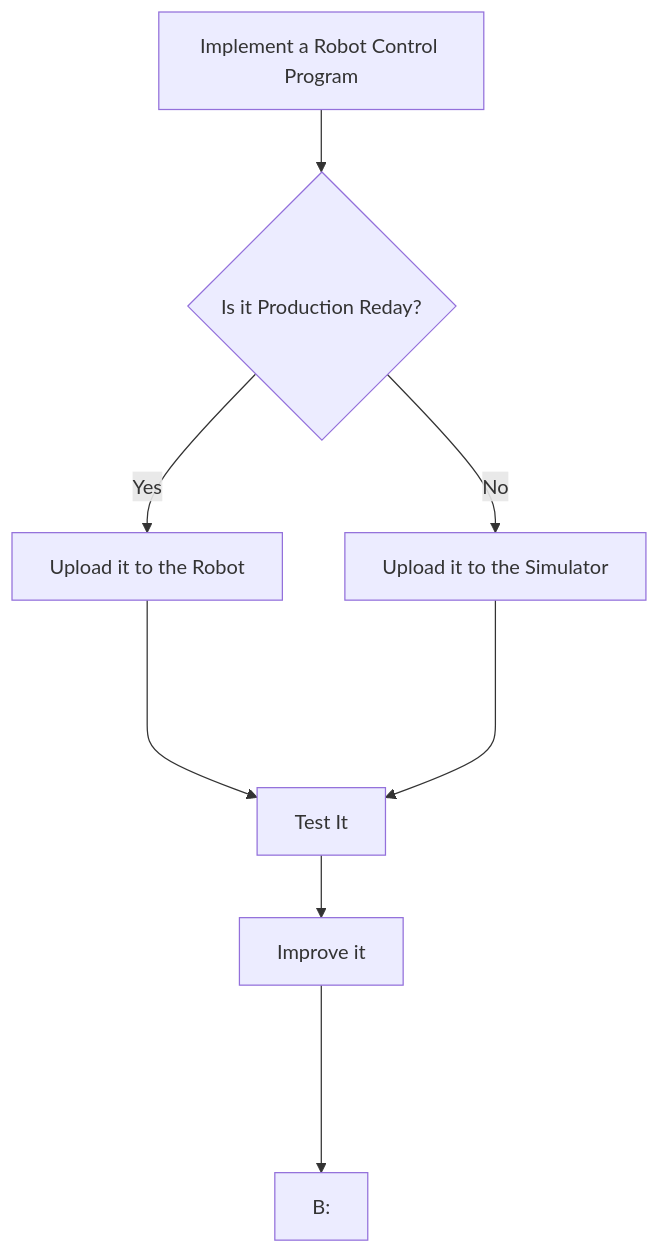
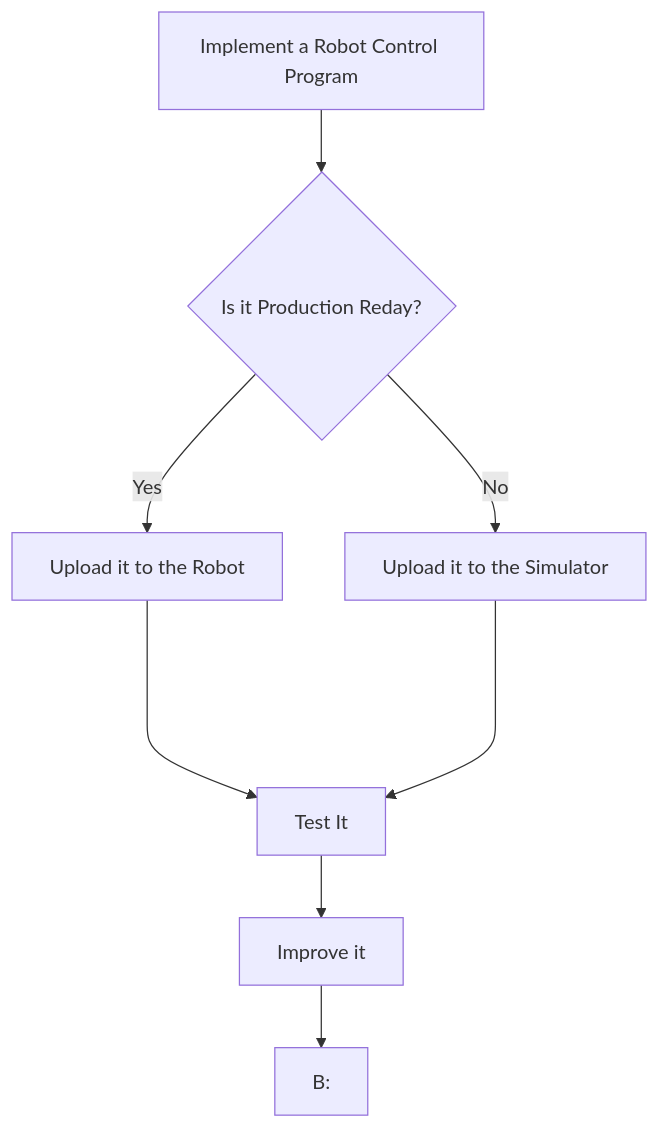
One commit to SAHOWI/learning-robotics changed the diagram in README.md. Above: the diagram before and after it, drawn with Mermaid.

````diff
--- a/README.md
+++ b/README.md
@@ -7,9 +7,9 @@
 ```mermaid
   flowchart TD;
   A[Implement a Robot Control Program] --> B{Is it Production Reday?};
   B -- Yes --> C[Upload it to the Robot];
   B -- No --> D[Upload it to the Simulator]
   C ----> E[Test It];
   D ----> E[Test It] --> F;
-  F[Improve it] ----> B:
+  F[Improve it] --> B:
 ```
````
